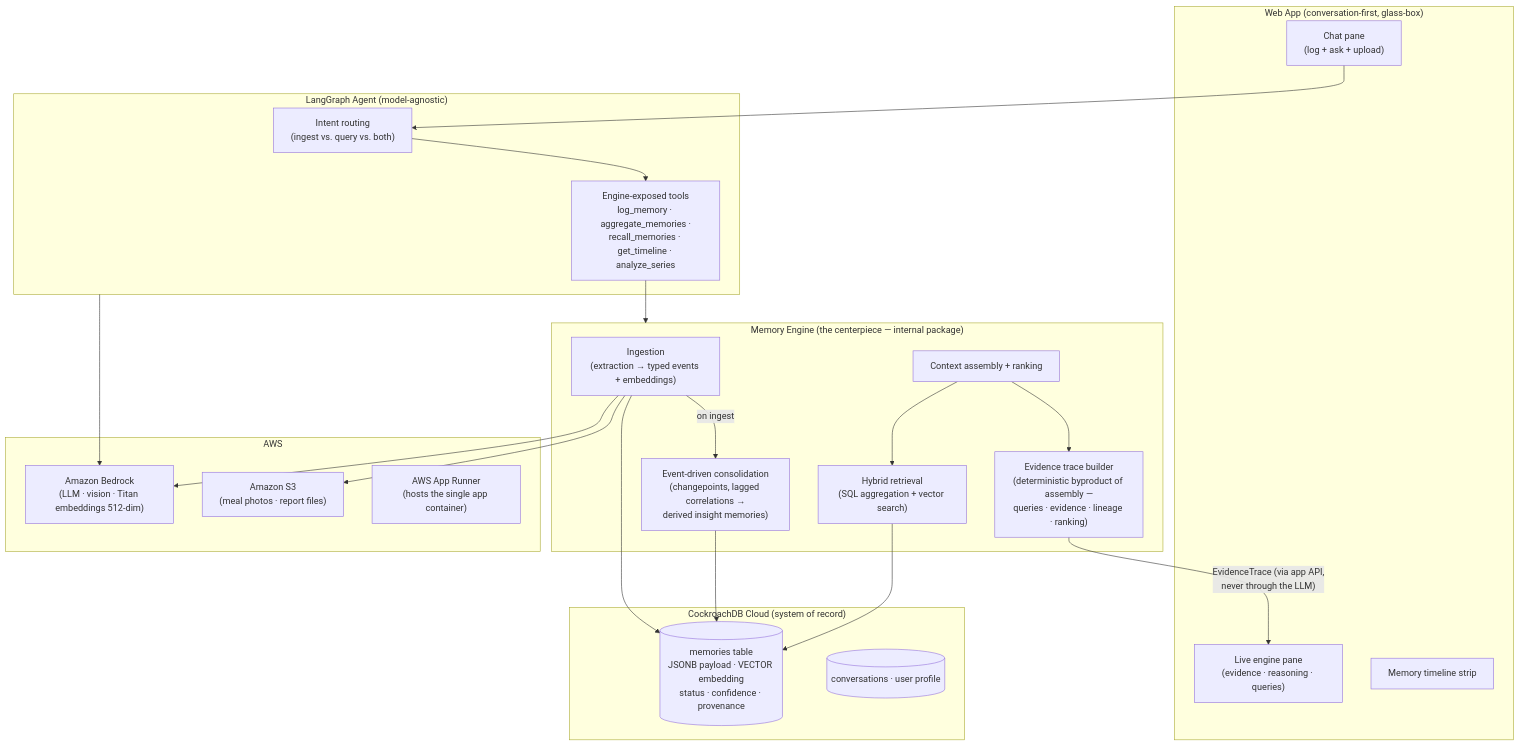
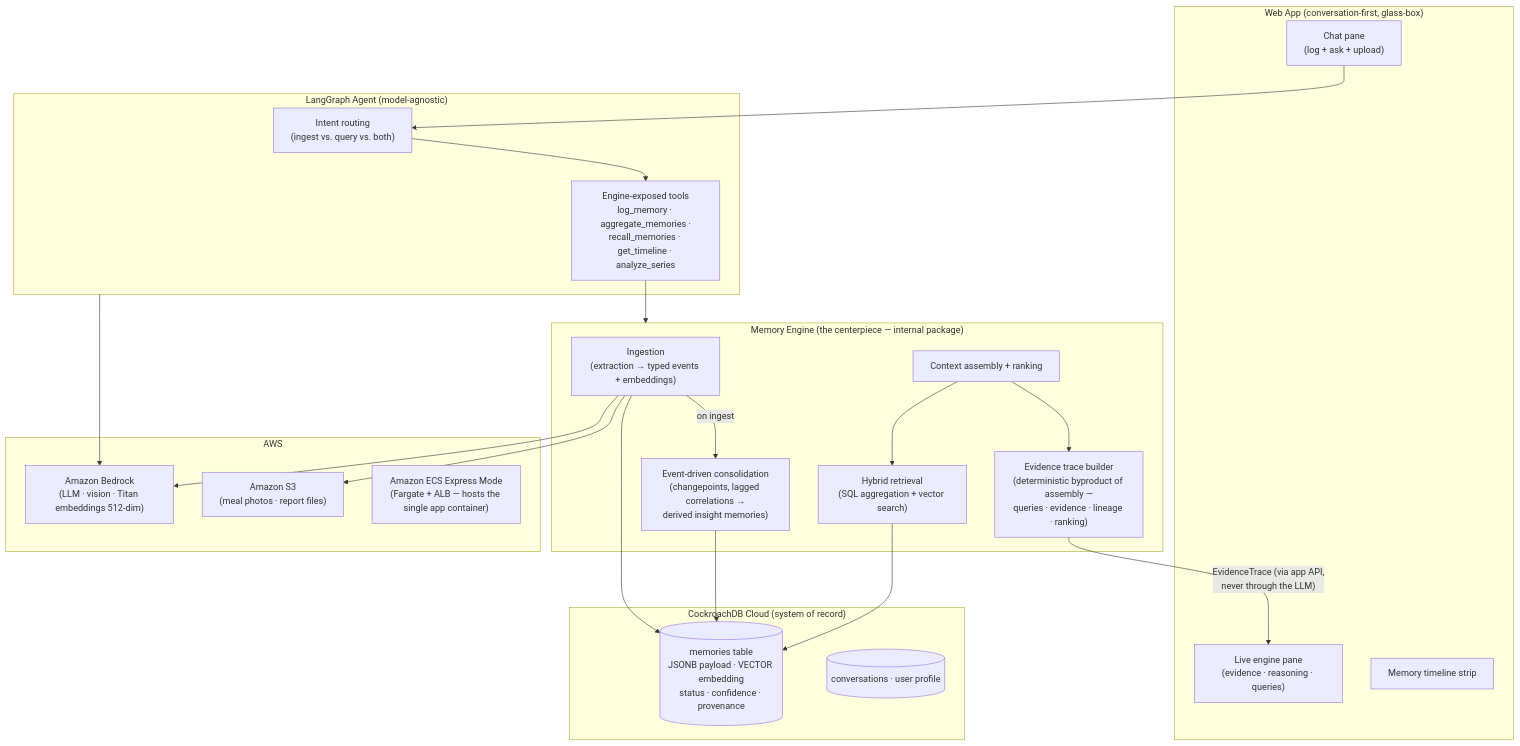
One commit to adityajamge/ai-fitness-memory-agent changed the diagram in docs/office-hours/02-architecture-overview.md. Above: the diagram before and after it, drawn with Mermaid. The commit also changed other lines of this file and 12 other files, not shown here.

Commit message:
feat(infra): migrate deploy to ECS Express Mode

````diff
--- a/docs/office-hours/02-architecture-overview.md
+++ b/docs/office-hours/02-architecture-overview.md
@@ -7,46 +7,46 @@
 ```mermaid
 flowchart TB
     subgraph Client["Web App (conversation-first, glass-box)"]
         CHAT["Chat pane<br/>(log + ask + upload)"]
         ENGINE_PANE["Live engine pane<br/>(evidence · reasoning · queries)"]
         TIMELINE["Memory timeline strip"]
     end
 
     subgraph Agent["LangGraph Agent (model-agnostic)"]
         ROUTER["Intent routing<br/>(ingest vs. query vs. both)"]
         TOOLS["Engine-exposed tools<br/>log_memory · aggregate_memories ·<br/>recall_memories · get_timeline · analyze_series"]
     end
 
     subgraph ME["Memory Engine (the centerpiece — internal package)"]
         INGEST["Ingestion<br/>(extraction → typed events + embeddings)"]
         RETRIEVE["Hybrid retrieval<br/>(SQL aggregation + vector search)"]
         CONSOLIDATE["Event-driven consolidation<br/>(changepoints, lagged correlations →<br/>derived insight memories)"]
         ASSEMBLE["Context assembly + ranking"]
         TRACE["Evidence trace builder<br/>(deterministic byproduct of assembly —<br/>queries · evidence · lineage · ranking)"]
     end
 
     subgraph AWS["AWS"]
         BEDROCK["Amazon Bedrock<br/>(LLM · vision · Titan embeddings 512-dim)"]
         S3["Amazon S3<br/>(meal photos · report files)"]
-        APPRUNNER["AWS App Runner<br/>(hosts the single app container)"]
+        ECSEXPRESS["Amazon ECS Express Mode<br/>(Fargate + ALB — hosts the single app container)"]
     end
 
     subgraph CRDB["CockroachDB Cloud (system of record)"]
         MEMORIES[("memories table<br/>JSONB payload · VECTOR embedding<br/>status · confidence · provenance")]
         AUX[("conversations · user profile")]
     end
 
     CHAT --> ROUTER
     ROUTER --> TOOLS
     TOOLS --> ME
     INGEST --> BEDROCK
     INGEST --> S3
     INGEST --> MEMORIES
     INGEST -->|"on ingest"| CONSOLIDATE
     CONSOLIDATE --> MEMORIES
     RETRIEVE --> MEMORIES
     ASSEMBLE --> RETRIEVE
     ASSEMBLE --> TRACE
     TRACE -->|"EvidenceTrace (via app API,<br/>never through the LLM)"| ENGINE_PANE
     Agent --> BEDROCK
 ```
````
